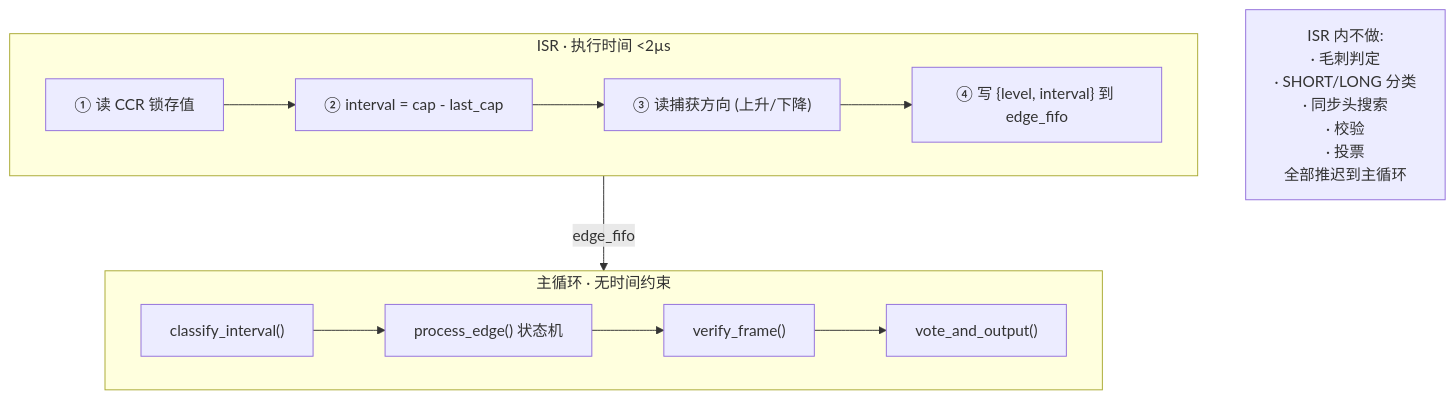
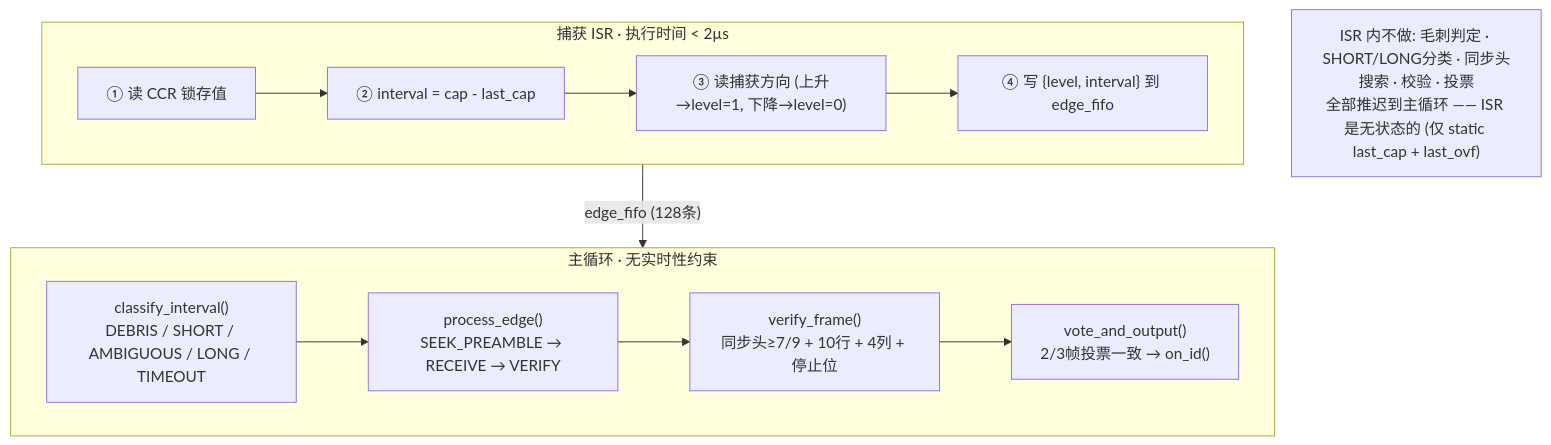
One commit to Siaiai/ObsidianNote changed the second of 8 diagrams in 工作/SR3读卡器/260802SR3读卡器架构.md. Above: the diagram before and after it, drawn with Mermaid. The commit also changed other lines of this file, not shown here.

````diff
--- a/工作/SR3读卡器/260802SR3读卡器架构.md
+++ b/工作/SR3读卡器/260802SR3读卡器架构.md
@@ -120,18 +186,19 @@
 ```mermaid
 flowchart TD
-    subgraph isr["ISR · 执行时间 &lt;2µs"]
+    subgraph isr["捕获 ISR · 执行时间 < 2µs"]
         I1["① 读 CCR 锁存值"] --> I2["② interval = cap - last_cap"]
-        I2 --> I3["③ 读捕获方向 (上升/下降)"]
+        I2 --> I3["③ 读捕获方向 (上升→level=1, 下降→level=0)"]
         I3 --> I4["④ 写 {level, interval} 到 edge_fifo"]
     end
 
-    subgraph main["主循环 · 无时间约束"]
-        M1["classify_interval()"] --> M2["process_edge() 状态机"]
-        M2 --> M3["verify_frame()"]
-        M3 --> M4["vote_and_output()"]
+    subgraph main["主循环 · 无实时性约束"]
+        M1["classify_interval()<br/>DEBRIS / SHORT / AMBIGUOUS / LONG / TIMEOUT"]
+        M1 --> M2["process_edge()<br/>SEEK_PREAMBLE → RECEIVE → VERIFY"]
+        M2 --> M3["verify_frame()<br/>同步头≥7/9 + 10行 + 4列 + 停止位"]
+        M3 --> M4["vote_and_output()<br/>2/3帧投票一致 → on_id()"]
     end
 
-    isr -->|"edge_fifo"| main
+    isr -->|"edge_fifo (128条)"| main
 
-    note1["ISR 内不做:<br/>· 毛刺判定<br/>· SHORT/LONG 分类<br/>· 同步头搜索<br/>· 校验<br/>· 投票<br/>全部推迟到主循环"]
+    note1["ISR 内不做: 毛刺判定 · SHORT/LONG分类 · 同步头搜索 · 校验 · 投票<br/>全部推迟到主循环 —— ISR 是无状态的 (仅 static last_cap + last_ovf)"]
 ```
````
